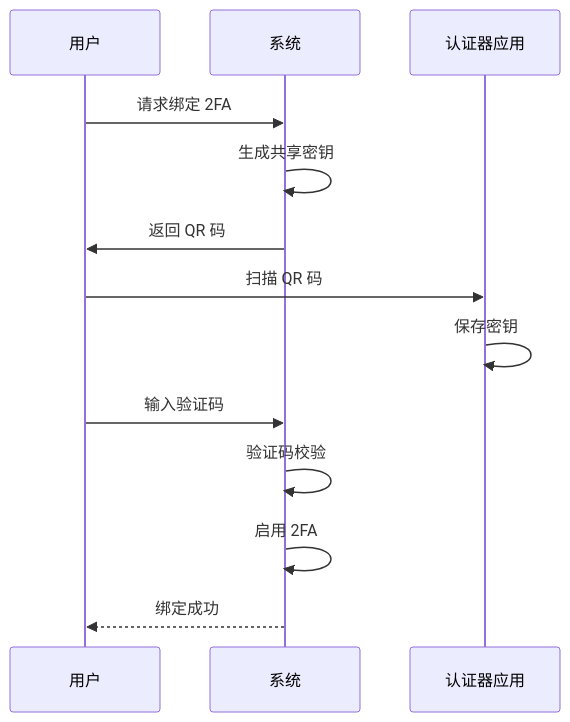
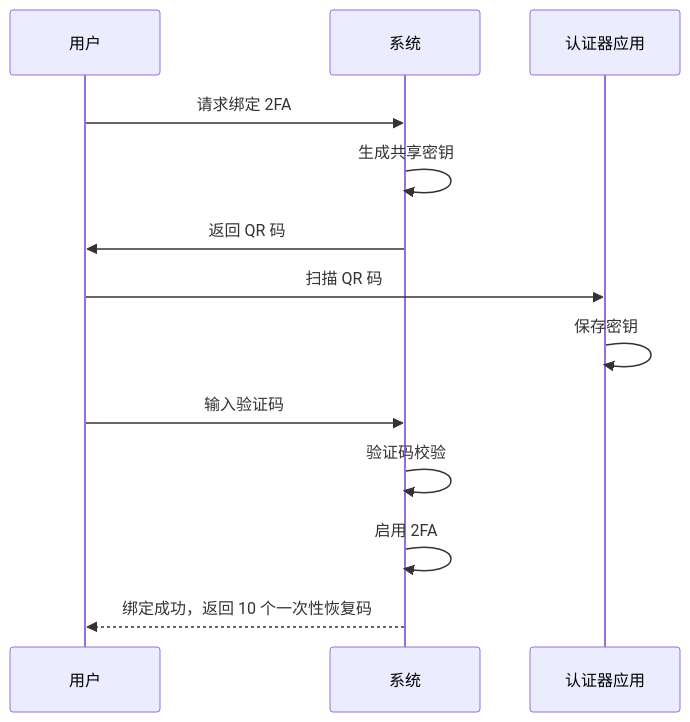
The fifth of 10 diagrams in docs/user-manage/user-management.mdx (QVMConsole/docs), drawn with Mermaid before and after one commit. The commit also changed other lines of this file and 37 other files, not shown here.

````diff
--- a/docs/user-manage/user-management.mdx
+++ b/docs/user-manage/user-management.mdx
@@ -302,16 +330,16 @@
 ```mermaid
 sequenceDiagram
     participant U as 用户
     participant S as 系统
     participant A as 认证器应用
 
     U->>S: 请求绑定 2FA
     S->>S: 生成共享密钥
     S->>U: 返回 QR 码
     U->>A: 扫描 QR 码
     A->>A: 保存密钥
     U->>S: 输入验证码
     S->>S: 验证码校验
     S->>S: 启用 2FA
-    S-->>U: 绑定成功
+    S-->>U: 绑定成功，返回 10 个一次性恢复码
 ```
````
